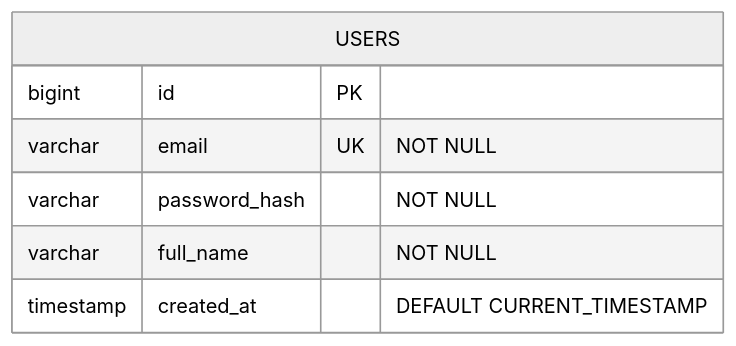
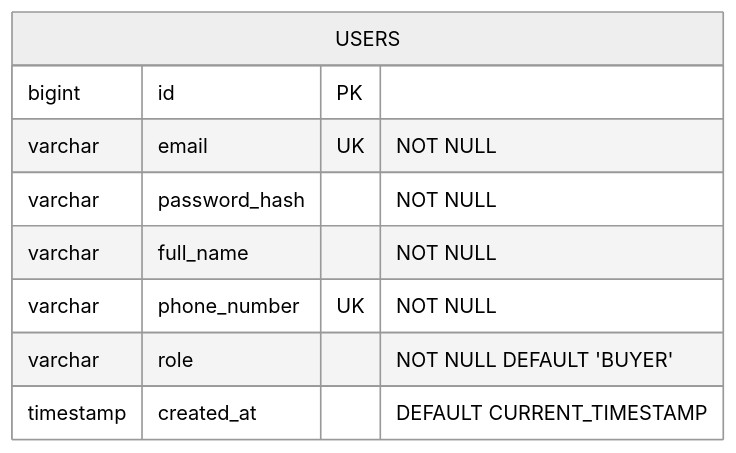
The fourth of 7 diagrams in docs/task-04/README.md (BlackyB0o/CS261_650001_group5), drawn with Mermaid (neutral theme) before and after one commit. The commit also changed other lines of this file, not shown here.

Commit message:
docs: update task-04 include phoneNumber, role, and save user DAO method

````diff
--- a/docs/task-04/README.md
+++ b/docs/task-04/README.md
@@ -157,10 +177,12 @@
 ```mermaid
 erDiagram
     USERS {
         bigint id PK
         varchar email UK "NOT NULL"
         varchar password_hash "NOT NULL"
         varchar full_name "NOT NULL"
+        varchar phone_number UK "NOT NULL"
+        varchar role "NOT NULL DEFAULT 'BUYER'"
         timestamp created_at "DEFAULT CURRENT_TIMESTAMP"
     }
 ```
````
